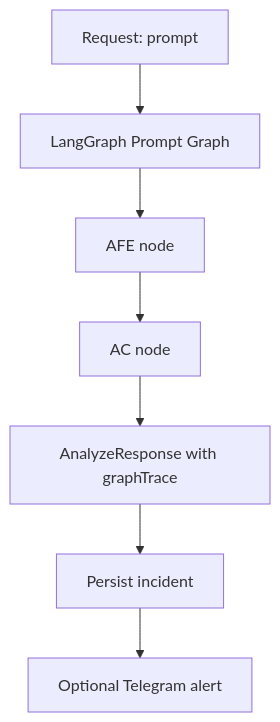
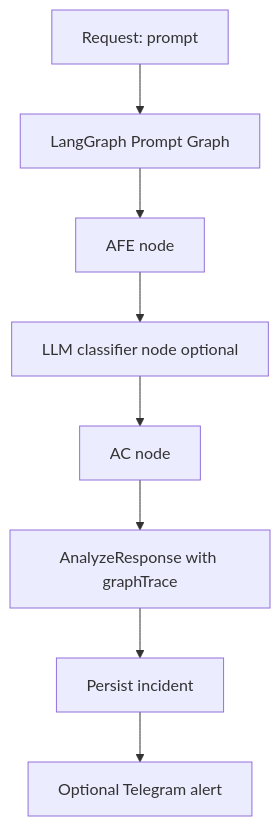
Before and after one commit to noukpoherve/confidentialAI: the second of 3 diagrams in docs/NOTION_WORKFLOW_GUIDE.md, drawn with Mermaid. The commit also changed other lines of this file, not shown here.

First line of the commit message:
docs: sync Notion workflow guide with LLM classifier graph

````diff
--- a/docs/NOTION_WORKFLOW_GUIDE.md
+++ b/docs/NOTION_WORKFLOW_GUIDE.md
@@ -45,9 +47,10 @@
 ```mermaid
 flowchart TD
     A[Request: prompt] --> B[LangGraph Prompt Graph]
     B --> C[AFE node]
-    C --> D[AC node]
-    D --> E[AnalyzeResponse with graphTrace]
-    E --> F[Persist incident]
-    F --> G[Optional Telegram alert]
+    C --> D[LLM classifier node optional]
+    D --> E[AC node]
+    E --> F[AnalyzeResponse with graphTrace]
+    F --> G[Persist incident]
+    G --> H[Optional Telegram alert]
 ```
````
